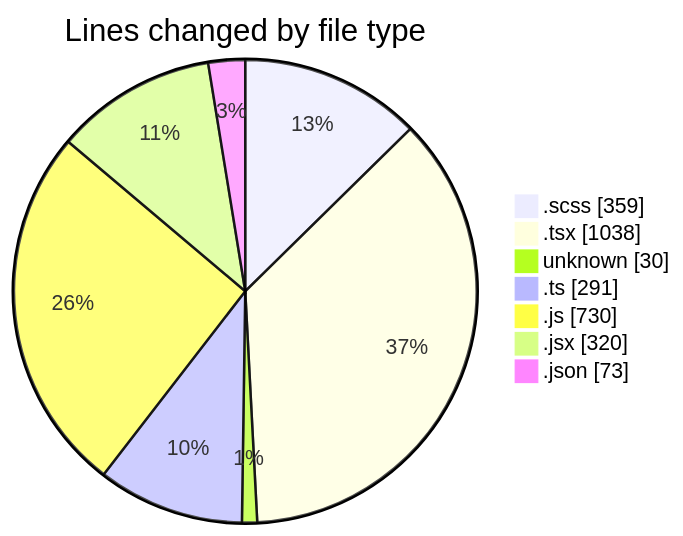
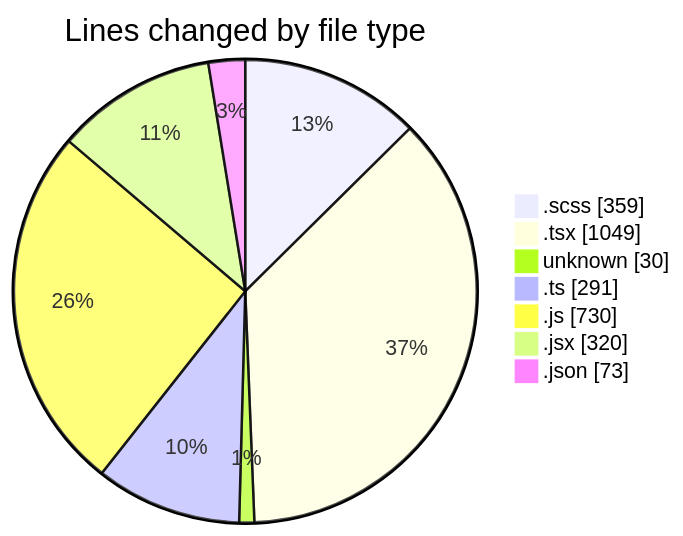
One commit to momahboobian/code-tracking changed the first of 2 diagrams in 2025-03-05/cda/README.md. Above: the diagram before and after it, drawn with Mermaid. The commit also changed other lines of this file and 1 other file, not shown here.

````diff
--- a/2025-03-05/cda/README.md
+++ b/2025-03-05/cda/README.md
@@ -45,11 +45,11 @@
 ```mermaid
 pie showData
 title Lines changed by file type
 ".scss" : 359
-".tsx" : 1038
+".tsx" : 1049
 "unknown" : 30
 ".ts" : 291
 ".js" : 730
 ".jsx" : 320
 ".json" : 73
 ```
````
